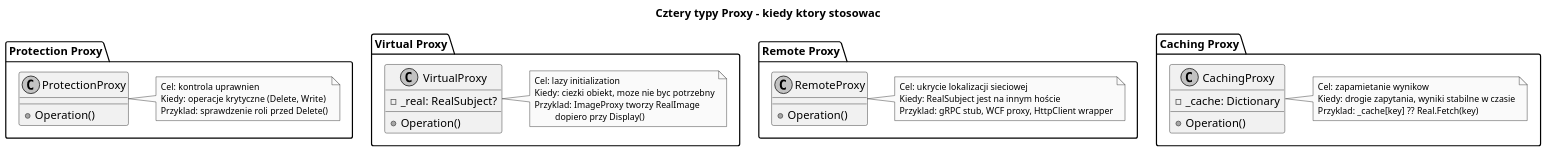
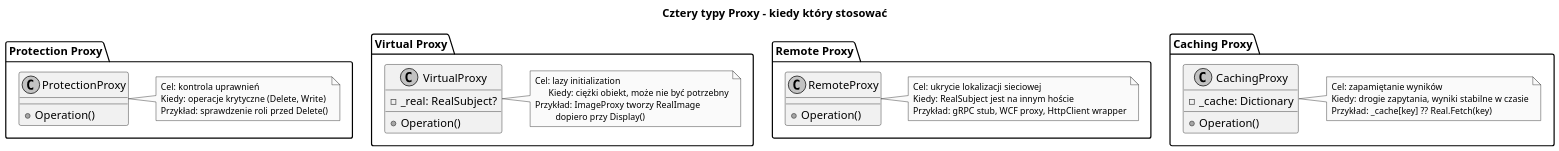
The diagram in src/10-proxy/01-idea-i-kontekst/diagrams/02-proxy-types.puml (tborzyszkowski/DesignPatterns), drawn with PlantUML before and after one commit. The commit also changed 87 other files, not shown here.

```diff
--- a/src/10-proxy/01-idea-i-kontekst/diagrams/02-proxy-types.puml
+++ b/src/10-proxy/01-idea-i-kontekst/diagrams/02-proxy-types.puml
@@ -1,55 +1,55 @@
 @startuml proxy_types
-title Cztery typy Proxy - kiedy ktory stosowac
+title Cztery typy Proxy - kiedy który stosować
 
 skinparam monochrome true
 skinparam dpi 150
 skinparam noteFontSize 11
 
 package "Protection Proxy" {
     class ProtectionProxy {
         + Operation()
     }
     note right of ProtectionProxy
-      Cel: kontrola uprawnien
+      Cel: kontrola uprawnień
       Kiedy: operacje krytyczne (Delete, Write)
-      Przyklad: sprawdzenie roli przed Delete()
+      Przykład: sprawdzenie roli przed Delete()
     end note
 }
 
 package "Virtual Proxy" {
     class VirtualProxy {
         - _real: RealSubject?
         + Operation()
     }
     note right of VirtualProxy
       Cel: lazy initialization
-      Kiedy: ciezki obiekt, moze nie byc potrzebny
-      Przyklad: ImageProxy tworzy RealImage
+            Kiedy: ciężki obiekt, może nie być potrzebny
+      Przykład: ImageProxy tworzy RealImage
                dopiero przy Display()
     end note
 }
 
 package "Remote Proxy" {
     class RemoteProxy {
         + Operation()
     }
     note right of RemoteProxy
       Cel: ukrycie lokalizacji sieciowej
       Kiedy: RealSubject jest na innym hoście
-      Przyklad: gRPC stub, WCF proxy, HttpClient wrapper
+      Przykład: gRPC stub, WCF proxy, HttpClient wrapper
     end note
 }
 
 package "Caching Proxy" {
     class CachingProxy {
         - _cache: Dictionary
         + Operation()
     }
     note right of CachingProxy
-      Cel: zapamietanie wynikow
+      Cel: zapamiętanie wyników
       Kiedy: drogie zapytania, wyniki stabilne w czasie
-      Przyklad: _cache[key] ?? Real.Fetch(key)
+      Przykład: _cache[key] ?? Real.Fetch(key)
     end note
 }
 
 @enduml
```
